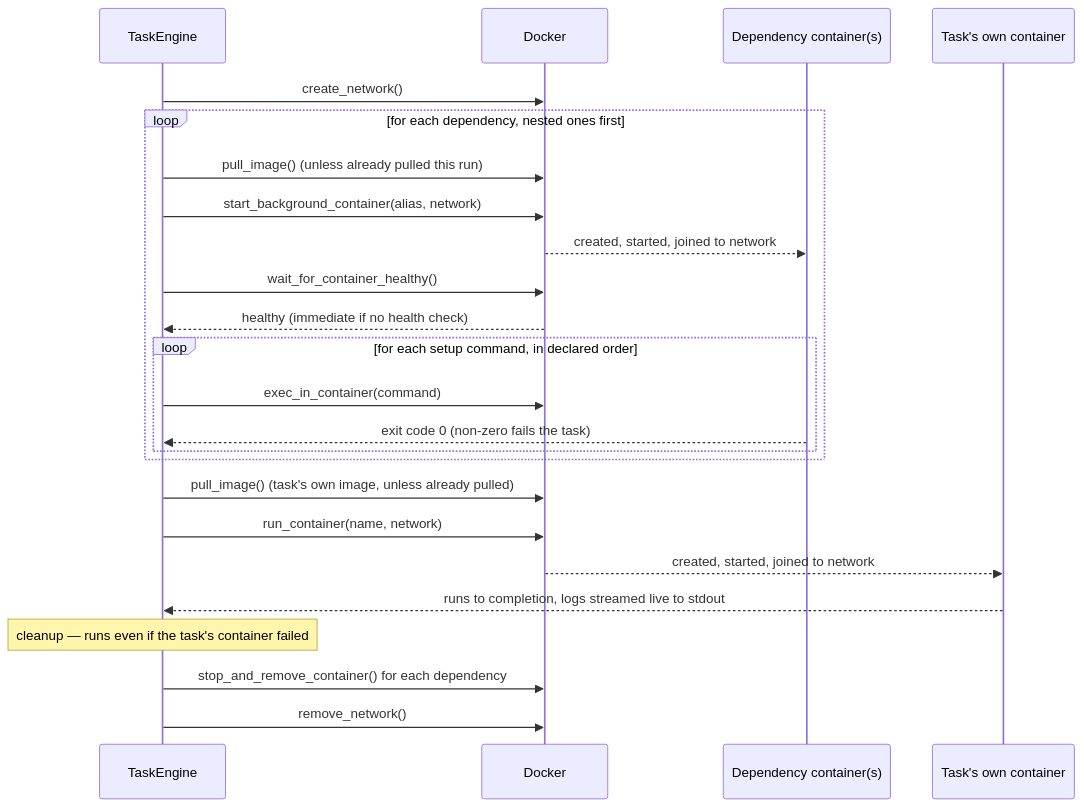
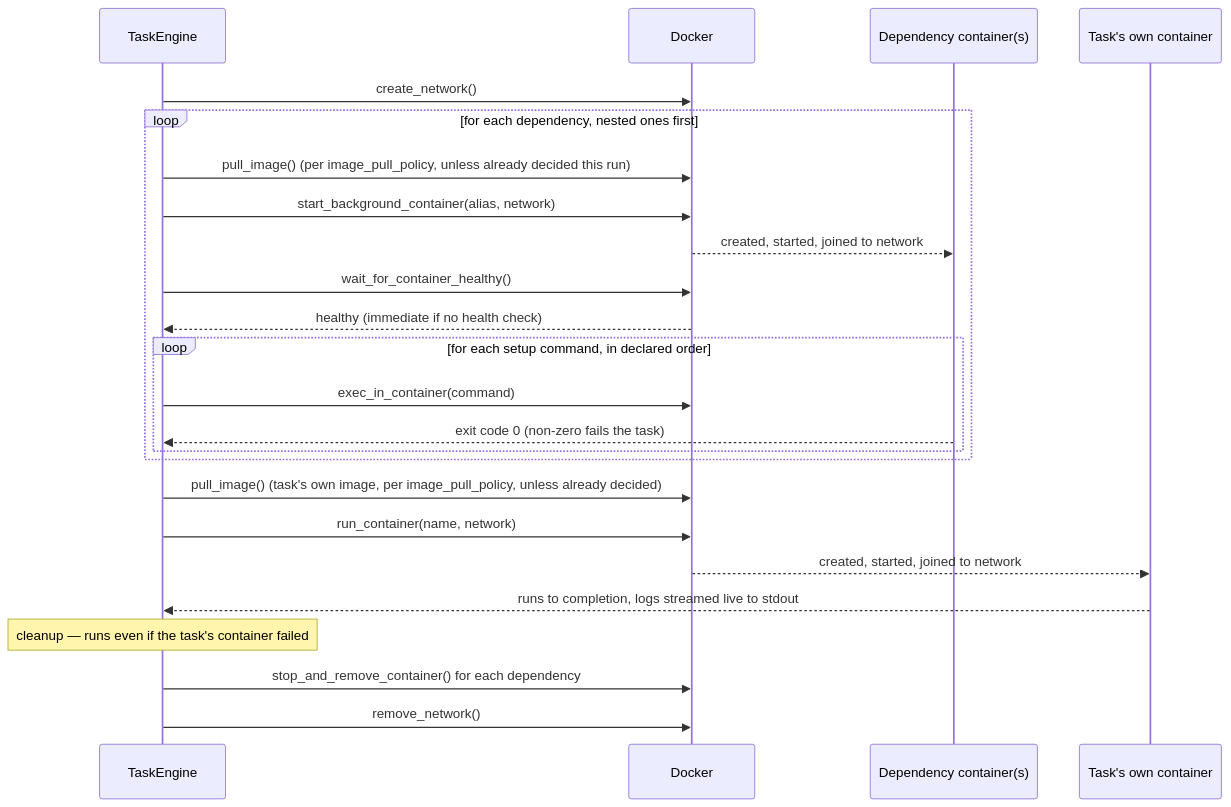
One commit to or1can/ratect changed the first of 2 diagrams in docs/task-lifecycle.md. Above: the diagram before and after it, drawn with Mermaid. The commit also changed other lines of this file and 1 other file, not shown here.

First line of the commit message:
docs: catch up how-it-works.md and task-lifecycle.md with 0.13.0

````diff
--- a/docs/task-lifecycle.md
+++ b/docs/task-lifecycle.md
@@ -45,30 +45,30 @@
 ```mermaid
 sequenceDiagram
     participant Engine as TaskEngine
     participant Docker
     participant Dep as Dependency container(s)
     participant Main as Task's own container
 
     Engine->>Docker: create_network()
 
     loop for each dependency, nested ones first
-        Engine->>Docker: pull_image() (unless already pulled this run)
+        Engine->>Docker: pull_image() (per image_pull_policy, unless already decided this run)
         Engine->>Docker: start_background_container(alias, network)
         Docker-->>Dep: created, started, joined to network
         Engine->>Docker: wait_for_container_healthy()
         Docker-->>Engine: healthy (immediate if no health check)
         loop for each setup command, in declared order
             Engine->>Docker: exec_in_container(command)
             Dep-->>Engine: exit code 0 (non-zero fails the task)
         end
     end
 
-    Engine->>Docker: pull_image() (task's own image, unless already pulled)
+    Engine->>Docker: pull_image() (task's own image, per image_pull_policy, unless already decided)
     Engine->>Docker: run_container(name, network)
     Docker-->>Main: created, started, joined to network
     Main-->>Engine: runs to completion, logs streamed live to stdout
 
     Note over Engine: cleanup — runs even if the task's container failed
     Engine->>Docker: stop_and_remove_container() for each dependency
     Engine->>Docker: remove_network()
 ```
````
